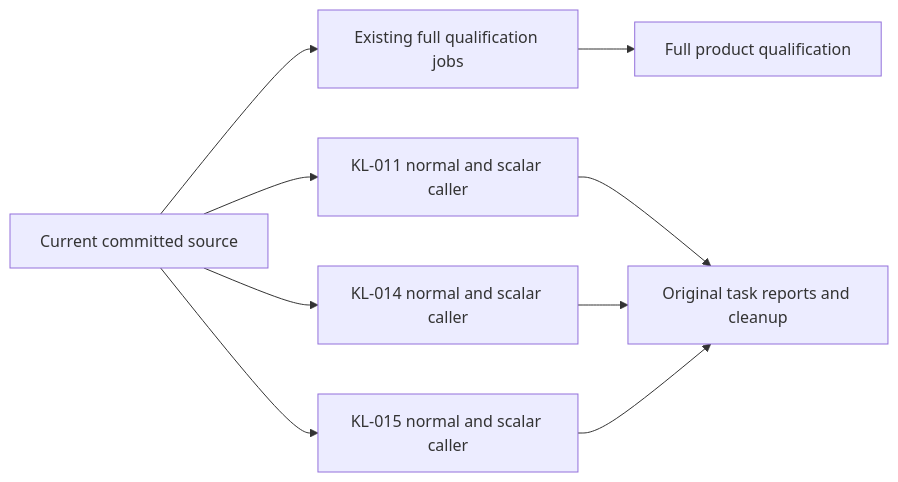
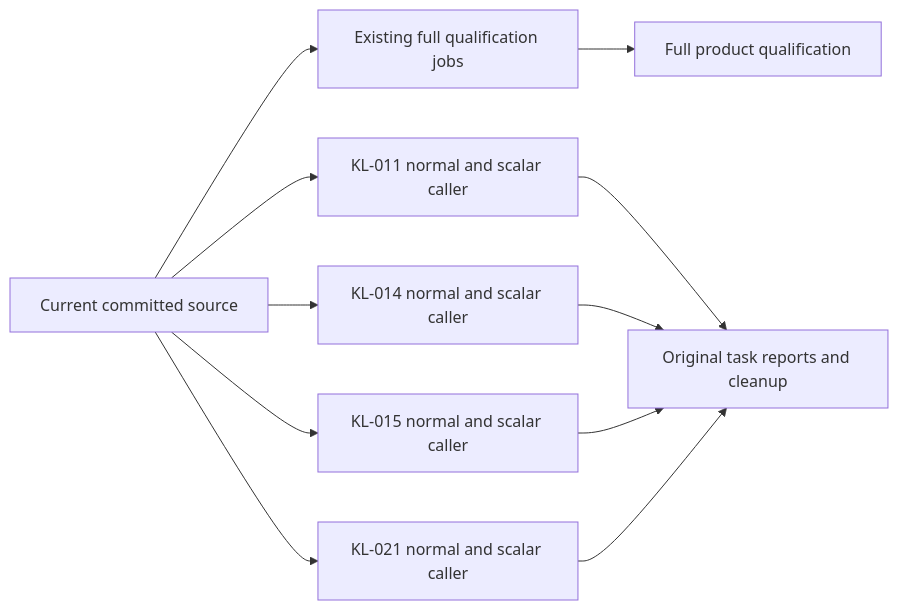
Before and after one commit to managedcode/KeyLoad: the diagram in docs/ADR/ADR-117-native-tunit-ci-entry.md, drawn with Mermaid. The commit also changed other lines of this file and 37 other files, not shown here.

````diff
--- a/docs/ADR/ADR-117-native-tunit-ci-entry.md
+++ b/docs/ADR/ADR-117-native-tunit-ci-entry.md
@@ -52,11 +54,13 @@
 ```mermaid
 flowchart LR
   Source[Current committed source] --> Full[Existing full qualification jobs]
   Source --> Index[KL-011 normal and scalar caller]
   Source --> Client[KL-014 normal and scalar caller]
   Source --> Security[KL-015 normal and scalar caller]
+  Source --> Reads[KL-021 normal and scalar caller]
   Index --> Scoped[Original task reports and cleanup]
   Client --> Scoped
   Security --> Scoped
+  Reads --> Scoped
   Full --> Product[Full product qualification]
 ```
````
